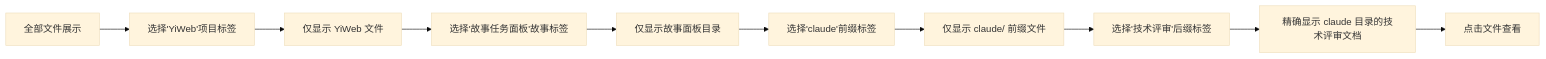
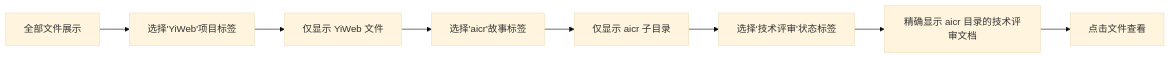
The third of 6 diagrams in docs/故事任务面板/aicr/使用场景.md (effiy/YiWeb), drawn with Mermaid (base theme) before and after one commit. The commit also changed other lines of this file and 26 other files, not shown here.

````diff
--- a/docs/故事任务面板/aicr/使用场景.md
+++ b/docs/故事任务面板/aicr/使用场景.md
@@ -83,12 +91,10 @@
 ```mermaid
 flowchart LR
     A["全部文件展示"] --> B["选择'YiWeb'项目标签"]
     B --> C["仅显示 YiWeb 文件"]
-    C --> D["选择'故事任务面板'故事标签"]
-    D --> E["仅显示故事面板目录"]
-    E --> F["选择'claude'前缀标签"]
-    F --> G["仅显示 claude/ 前缀文件"]
-    G --> H["选择'技术评审'后缀标签"]
-    H --> I["精确显示 claude 目录的技术评审文档"]
-    I --> J["点击文件查看"]
+    C --> D["选择'aicr'故事标签"]
+    D --> E["仅显示 aicr 子目录"]
+    E --> F["选择'技术评审'状态标签"]
+    F --> G["精确显示 aicr 目录的技术评审文档"]
+    G --> H["点击文件查看"]
 ```
````
